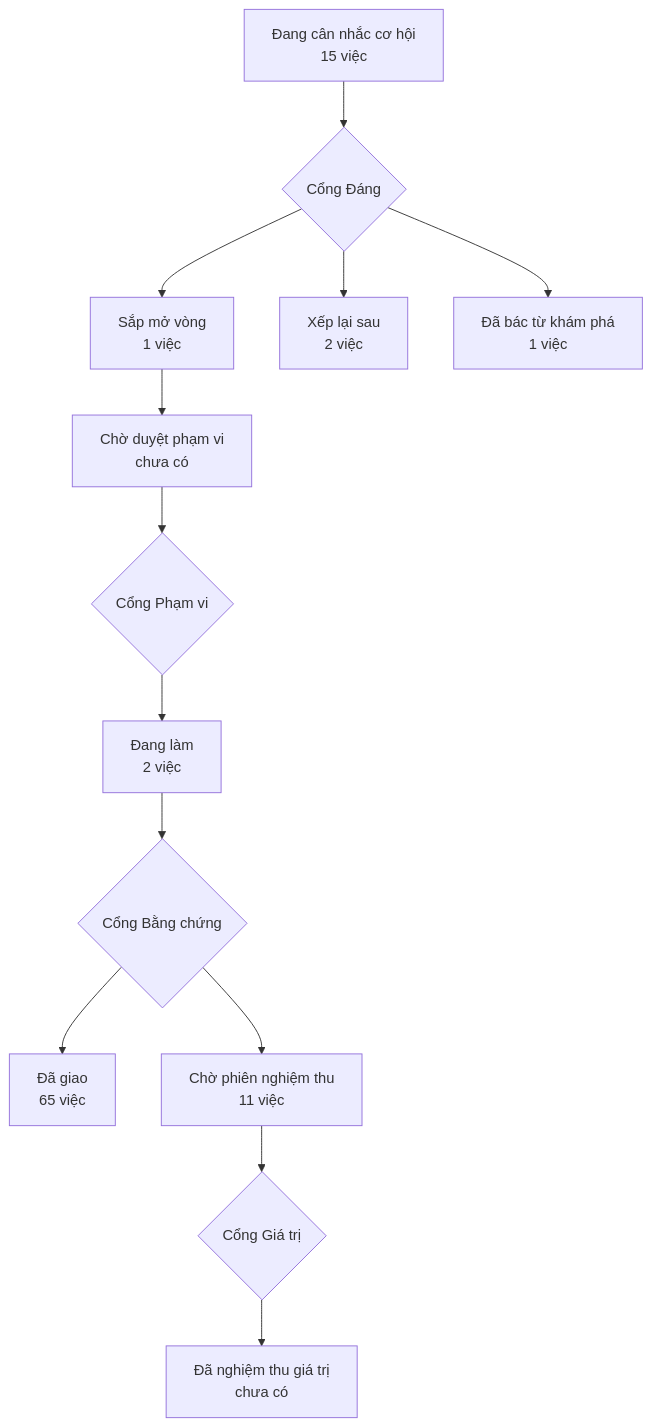
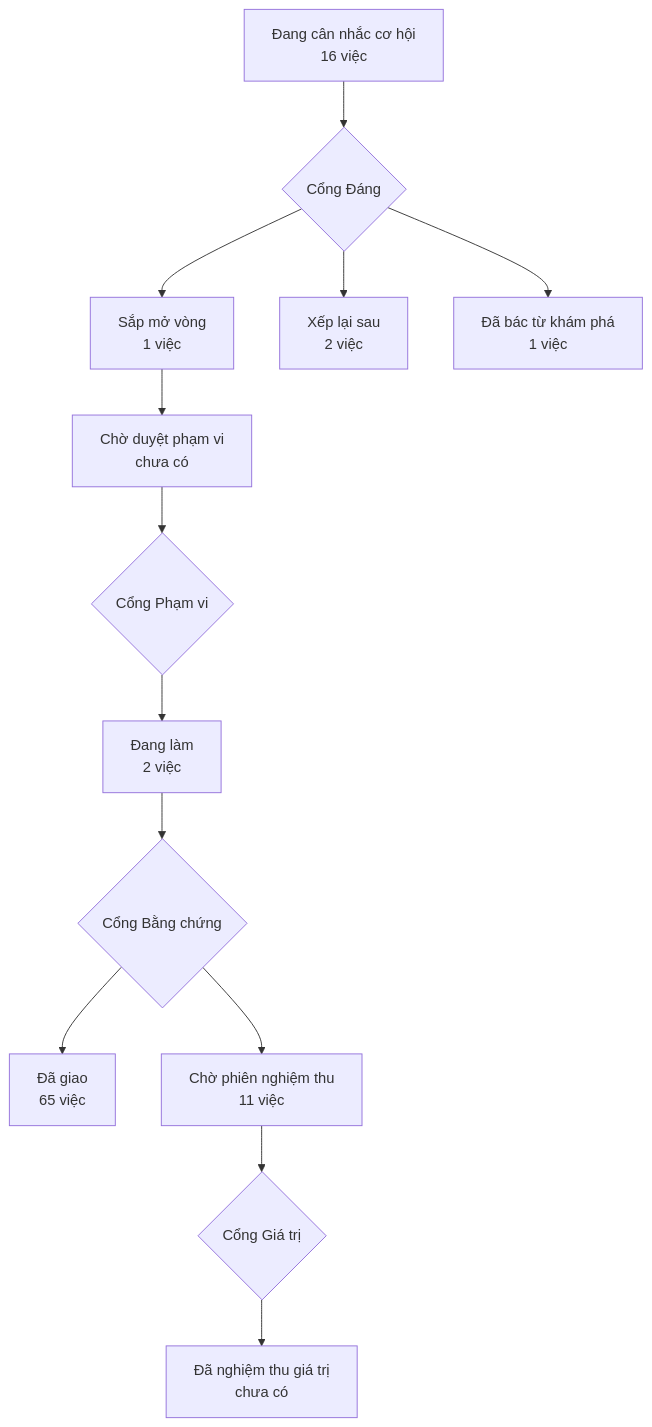
One commit to phanlemanh/acceptance-gate-kit changed the diagram in PRODUCT-MAP.md. Above: the diagram before and after it, drawn with Mermaid. The commit also changed other lines of this file and 1 other file, not shown here.

Commit message:
chip: danh sách chép CI thiếu product-map và đồ nó kéo theo — ca thật từ kho crm
Mở hồ sơ cơ hội (stage: discovery, chủ kho quyết ở Cổng Đáng): acceptance-init
dặn repo tiêu thụ chạy product-map --check trong CI nhưng INIT-CI-COPY-LIST
không chép product-map.mjs lẫn khuôn opportunity-template.md nó đọc; CE2 chỉ
đo hai điểm vào và chỉ bắt *.cjs nên suite kit xanh khi consumer đỏ (crm-onehub
8 lượt CI đỏ, vá tay ở PR #3 của kho đó). Ba ngả sửa liệt kê, không chọn.
Bản đồ vẽ lại bằng máy (nhận cả hồ sơ the-cong-2-giau-loi-trong-hop-dong của
commit trước).

````diff
--- a/PRODUCT-MAP.md
+++ b/PRODUCT-MAP.md
@@ -6,12 +6,12 @@
 ```mermaid
 flowchart TD
-  A["Đang cân nhắc cơ hội<br/>15 việc"] --> GD{"Cổng Đáng"}
+  A["Đang cân nhắc cơ hội<br/>16 việc"] --> GD{"Cổng Đáng"}
   GD --> B["Sắp mở vòng<br/>1 việc"]
   GD --> XL["Xếp lại sau<br/>2 việc"]
   GD --> DB["Đã bác từ khám phá<br/>1 việc"]
   B --> CD["Chờ duyệt phạm vi<br/>chưa có"] --> GP{"Cổng Phạm vi"}
   GP --> DL["Đang làm<br/>2 việc"] --> GB{"Cổng Bằng chứng"}
   GB --> DG["Đã giao<br/>65 việc"]
   GB --> CN["Chờ phiên nghiệm thu<br/>11 việc"] --> GG{"Cổng Giá trị"}
   GG --> NT["Đã nghiệm thu giá trị<br/>chưa có"]
 ```
````
